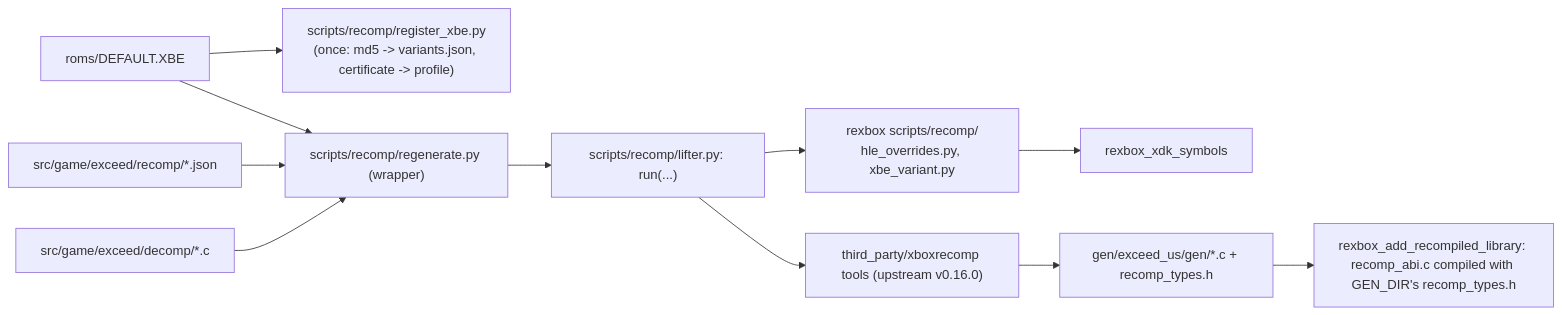
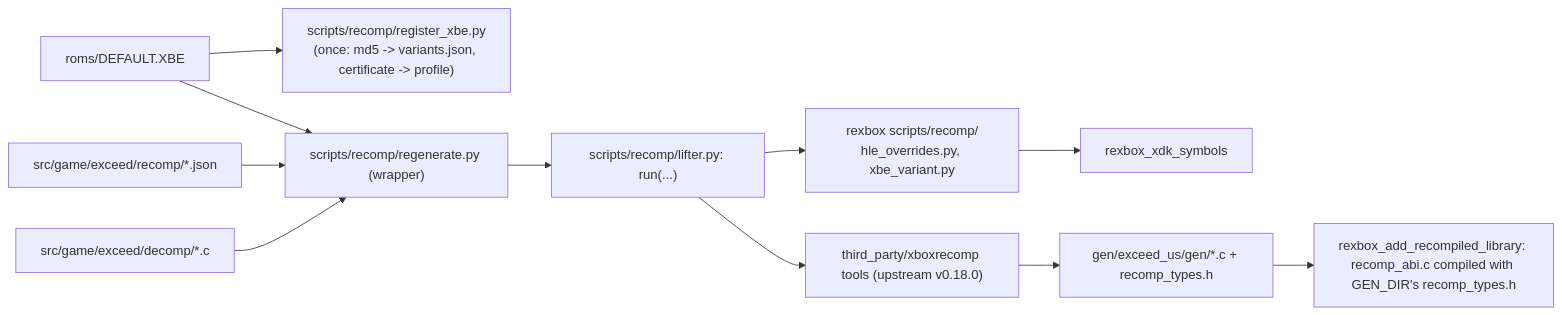
One commit to reexec/reEXCEED changed the second of 2 diagrams in ARCHITECTURE.md. Above: the diagram before and after it, drawn with Mermaid. The commit also changed other lines of this file and 23 other files, not shown here.

````diff
--- a/ARCHITECTURE.md
+++ b/ARCHITECTURE.md
@@ -43,13 +43,13 @@
 ```mermaid
 flowchart LR
     XBE["roms/DEFAULT.XBE"] --> REG["scripts/recomp/register_xbe.py<br/>(once: md5 -> variants.json, certificate -> profile)"]
     XBE --> REGEN["scripts/recomp/regenerate.py (wrapper)"]
     CFG["src/game/exceed/recomp/*.json"] --> REGEN
     DECOMP["src/game/exceed/decomp/*.c"] --> REGEN
     REGEN --> LIFT["scripts/recomp/lifter.py: run(...)"]
-    LIFT --> TOOLS["third_party/xboxrecomp tools (upstream v0.16.0)"]
+    LIFT --> TOOLS["third_party/xboxrecomp tools (upstream v0.18.0)"]
     LIFT --> HELP["rexbox scripts/recomp/<br/>hle_overrides.py, xbe_variant.py"]
     HELP --> SYM["rexbox_xdk_symbols"]
     TOOLS --> GEN["gen/exceed_us/gen/*.c + recomp_types.h"]
     GEN --> CMAKE["rexbox_add_recompiled_library: recomp_abi.c compiled with GEN_DIR's recomp_types.h"]
 ```
````
